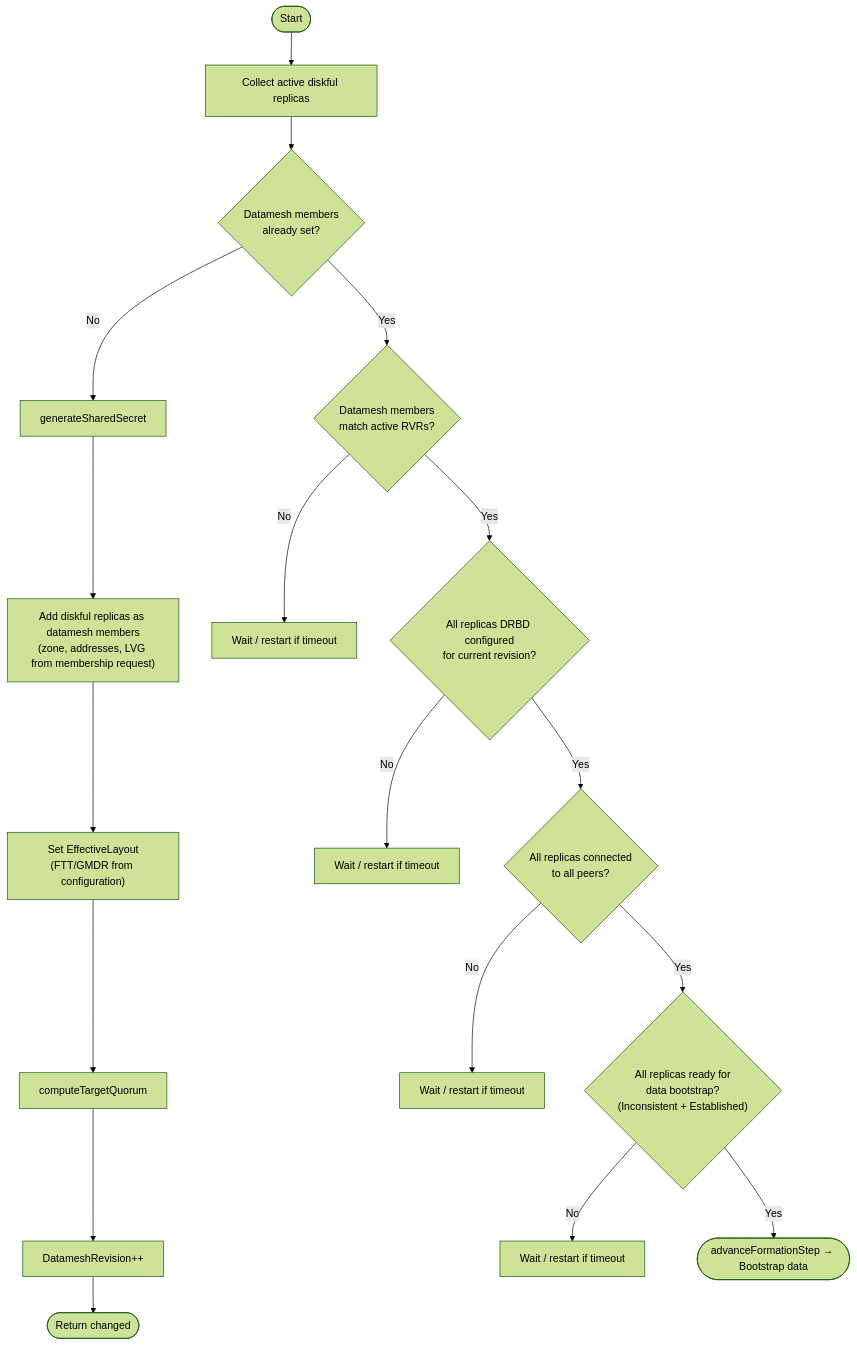
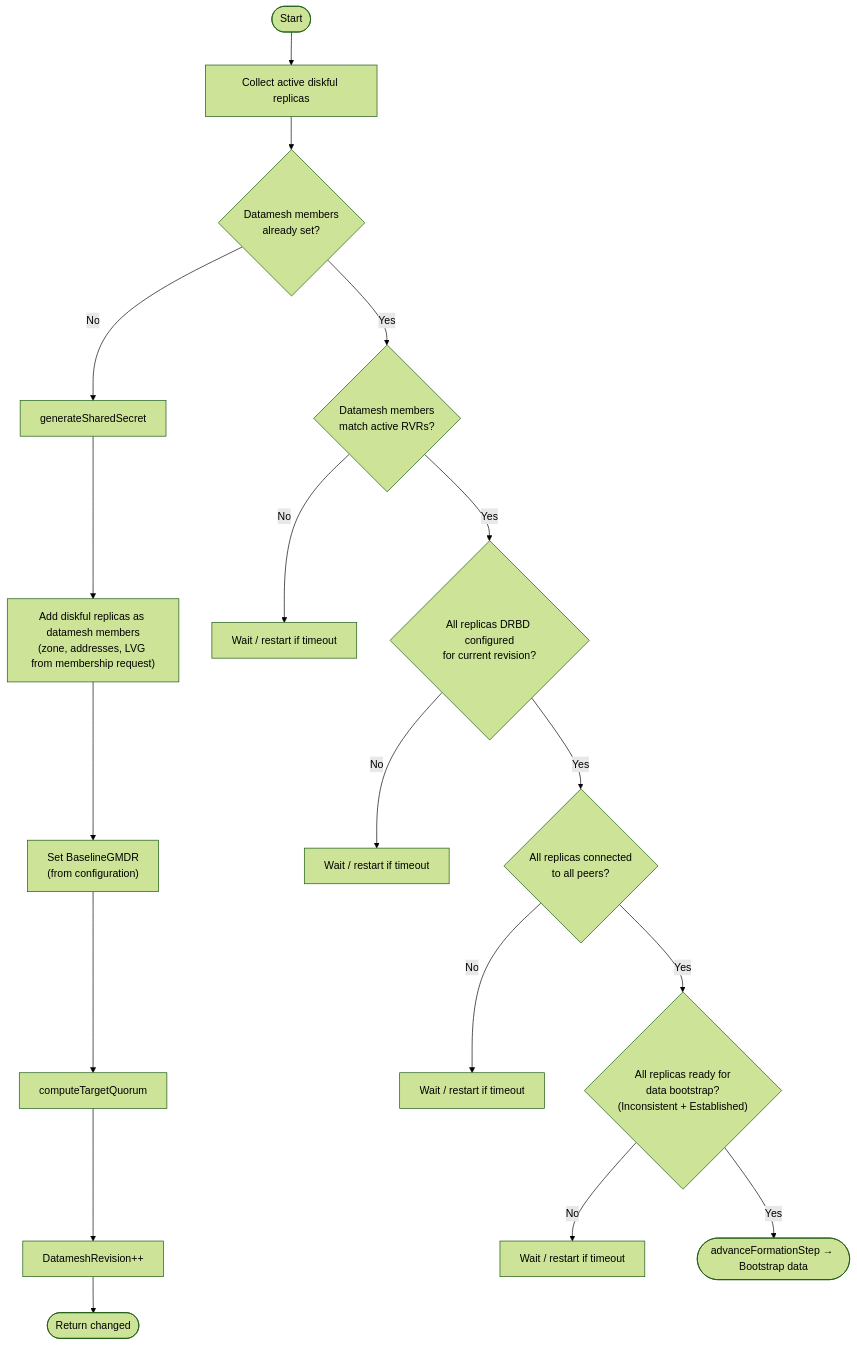
Before and after one commit to deckhouse/sds-replicated-volume: the sixth of 12 diagrams in images/controller/internal/controllers/rv_controller/README.md, drawn with Mermaid (forest theme). The commit also changed other lines of this file and 14 other files, not shown here.

````diff
--- a/images/controller/internal/controllers/rv_controller/README.md
+++ b/images/controller/internal/controllers/rv_controller/README.md
@@ -617,26 +620,26 @@
 ```mermaid
 flowchart TD
     Start([Start]) --> CollectDiskful[Collect active diskful replicas]
 
     CollectDiskful --> CheckMembers{Datamesh members<br/>already set?}
     CheckMembers -->|No| GenSecret[generateSharedSecret]
     GenSecret --> AddMembers["Add diskful replicas as datamesh members<br/>(zone, addresses, LVG from membership request)"]
-    AddMembers --> SetEL["Set EffectiveLayout<br/>(FTT/GMDR from configuration)"]
-    SetEL --> SetQuorum[computeTargetQuorum]
+    AddMembers --> SetBaseline["Set BaselineGMDR<br/>(from configuration)"]
+    SetBaseline --> SetQuorum[computeTargetQuorum]
     SetQuorum --> IncrRevision["DatameshRevision++"]
     IncrRevision --> ReturnChanged([Return changed])
 
     CheckMembers -->|Yes| VerifyMembers{"Datamesh members<br/>match active RVRs?"}
     VerifyMembers -->|No| WaitRestart1[Wait / restart if timeout]
 
     VerifyMembers -->|Yes| CheckConfigured{"All replicas DRBD configured<br/>for current revision?"}
     CheckConfigured -->|No| WaitRestart2[Wait / restart if timeout]
 
     CheckConfigured -->|Yes| CheckConnected{"All replicas connected<br/>to all peers?"}
     CheckConnected -->|No| WaitRestart3[Wait / restart if timeout]
 
     CheckConnected -->|Yes| CheckBootstrapReady{"All replicas ready for<br/>data bootstrap?<br/>(Inconsistent + Established)"}
     CheckBootstrapReady -->|No| WaitRestart4[Wait / restart if timeout]
 
     CheckBootstrapReady -->|Yes| NextStep(["advanceFormationStep → Bootstrap data"])
 ```
````
